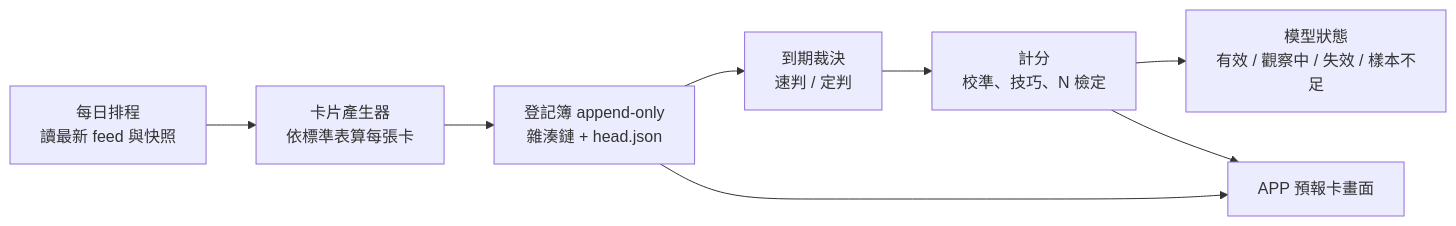
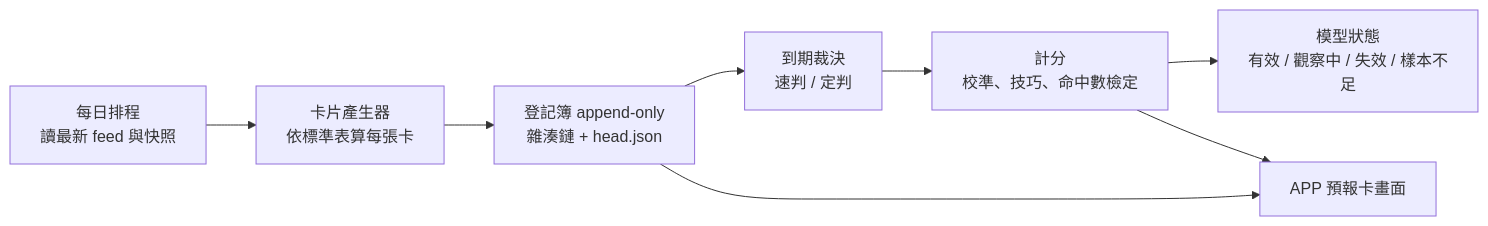
Before and after one commit to Azazelowo/earthquake-risk-project: the diagram in docs/phase2/forecast_card_spec.md, drawn with Mermaid. The commit also changed other lines of this file and 4 other files, not shown here.

````diff
--- a/docs/phase2/forecast_card_spec.md
+++ b/docs/phase2/forecast_card_spec.md
@@ -35,10 +35,10 @@
 ```mermaid
 flowchart LR
     A[每日排程<br/>讀最新 feed 與快照] --> B[卡片產生器<br/>依標準表算每張卡]
     B --> C[登記簿 append-only<br/>雜湊鏈 + head.json]
     C --> D[到期裁決<br/>速判 / 定判]
-    D --> E[計分<br/>校準、技巧、N 檢定]
+    D --> E[計分<br/>校準、技巧、命中數檢定]
     E --> F[模型狀態<br/>有效 / 觀察中 / 失效 / 樣本不足]
     C --> G[APP 預報卡畫面]
     E --> G
 ```
````
